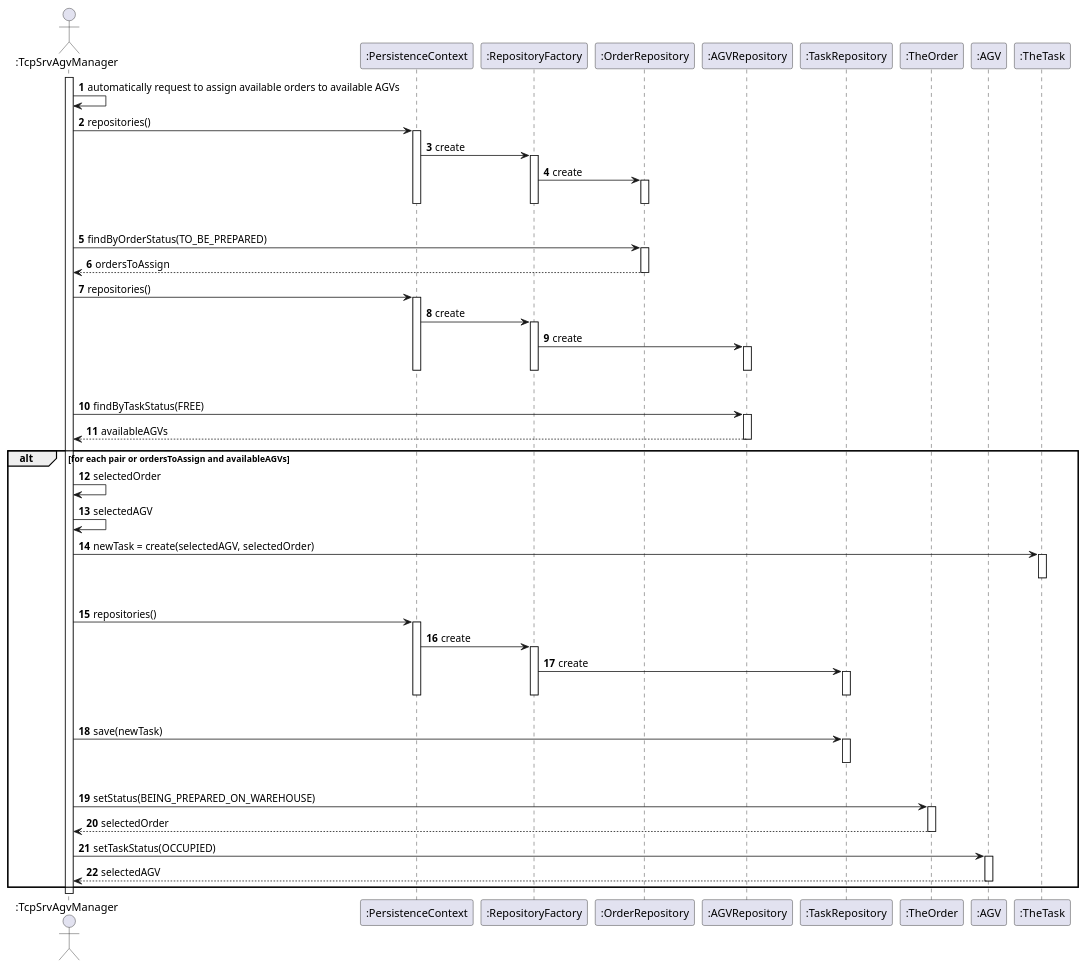
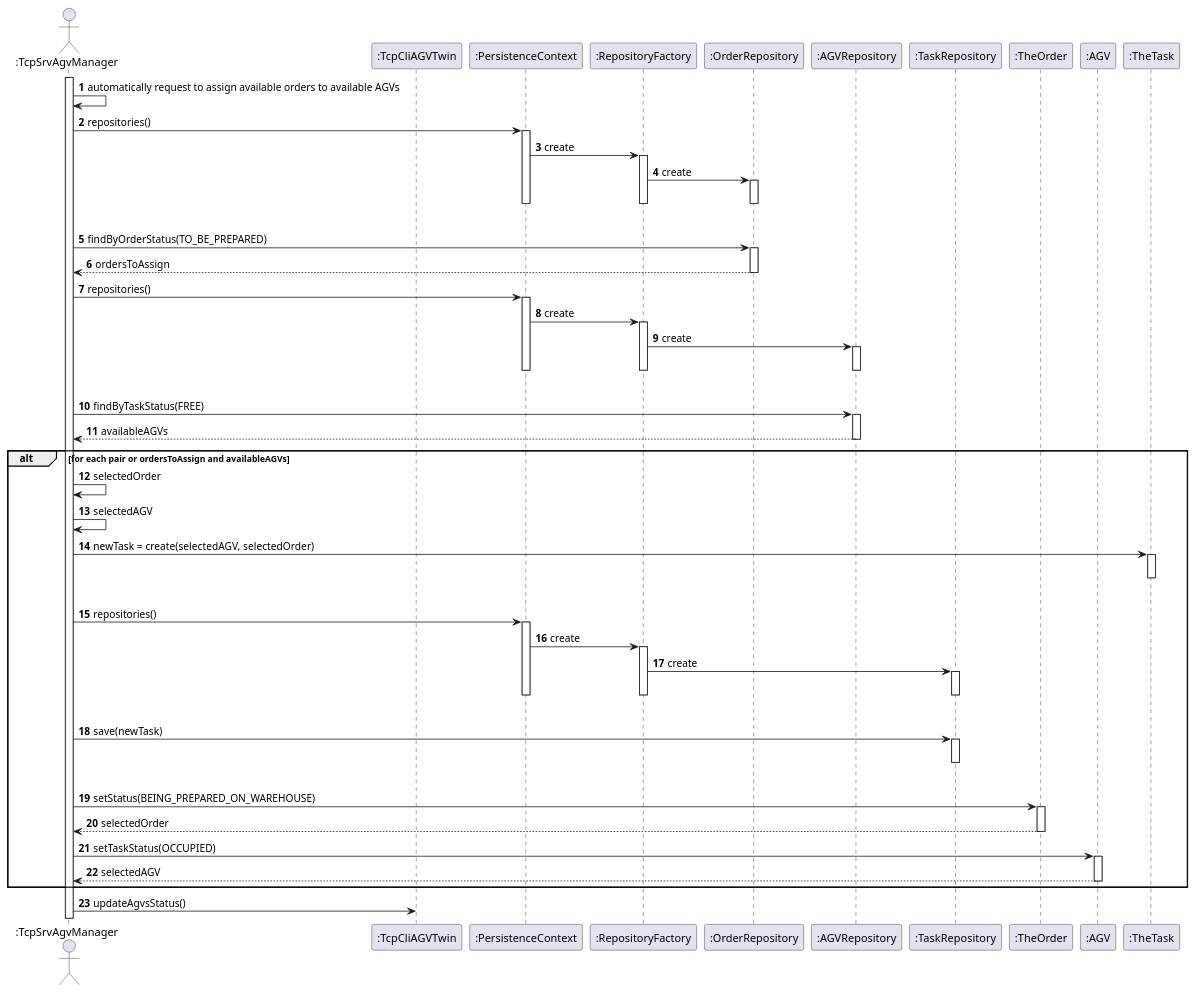
Before and after one commit to ana-albergaria/LAPR4-ISEP: the diagram in docs/1201592/US4002/US_4002_SD.puml, drawn with PlantUML. The commit also changed 4 other files, not shown here.

```diff
--- a/docs/1201592/US4002/US_4002_SD.puml
+++ b/docs/1201592/US4002/US_4002_SD.puml
@@ -1,83 +1,84 @@
 @startuml
 'https://plantuml.com/sequence-diagram
 
 autonumber
 
 Actor ":TcpSrvAgvManager" as AGVM
+participant ":TcpCliAGVTwin" as AGVTC
 participant ":PersistenceContext" as Persistance
 participant ":RepositoryFactory" as Factory
 participant ":OrderRepository" as OrderRep
 participant ":AGVRepository" as AGVRep
 participant ":TaskRepository" as TaskRep
 participant ":TheOrder" as ORDER
 participant ":AGV" as AGV
 participant ":TheTask" as Task
 
 activate AGVM
 AGVM -> AGVM : automatically request to assign available orders to available AGVs
 AGVM -> Persistance : repositories()
 activate Persistance
 Persistance -> Factory : create
 activate Factory
 Factory -> OrderRep : create
 activate OrderRep
 |||
 deactivate OrderRep
 deactivate Factory
 deactivate Persistance
 AGVM -> OrderRep : findByOrderStatus(TO_BE_PREPARED)
 activate OrderRep
 OrderRep --> AGVM : ordersToAssign
 deactivate OrderRep
 AGVM -> Persistance : repositories()
 activate Persistance
 Persistance -> Factory : create
 activate Factory
 Factory -> AGVRep : create
 activate AGVRep
 |||
 deactivate AGVRep
 deactivate Factory
 deactivate Persistance
 AGVM -> AGVRep : findByTaskStatus(FREE)
 activate AGVRep
 AGVRep --> AGVM : availableAGVs
 deactivate AGVRep
 
 alt for each pair or ordersToAssign and availableAGVs
 AGVM -> AGVM : selectedOrder
 AGVM -> AGVM : selectedAGV
 
 AGVM -> Task : newTask = create(selectedAGV, selectedOrder)
 activate Task
 |||
 deactivate Task
 AGVM -> Persistance : repositories()
 activate Persistance
 Persistance -> Factory : create
 activate Factory
 Factory -> TaskRep : create
 activate TaskRep
 |||
 deactivate TaskRep
 deactivate Factory
 deactivate Persistance
 AGVM -> TaskRep : save(newTask)
 activate TaskRep
 |||
 deactivate TaskRep
 
 AGVM -> ORDER : setStatus(BEING_PREPARED_ON_WAREHOUSE)
 activate ORDER
 ORDER --> AGVM : selectedOrder
 deactivate ORDER
 AGVM -> AGV : setTaskStatus(OCCUPIED)
 activate AGV
 AGV --> AGVM : selectedAGV
 deactivate AGV
 
 end
 
-
+AGVM -> AGVTC : updateAgvsStatus()
 
 @enduml
```
